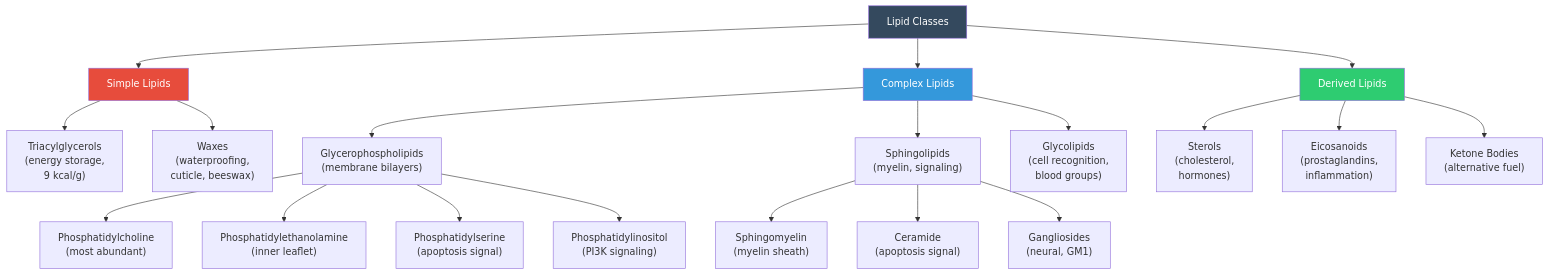
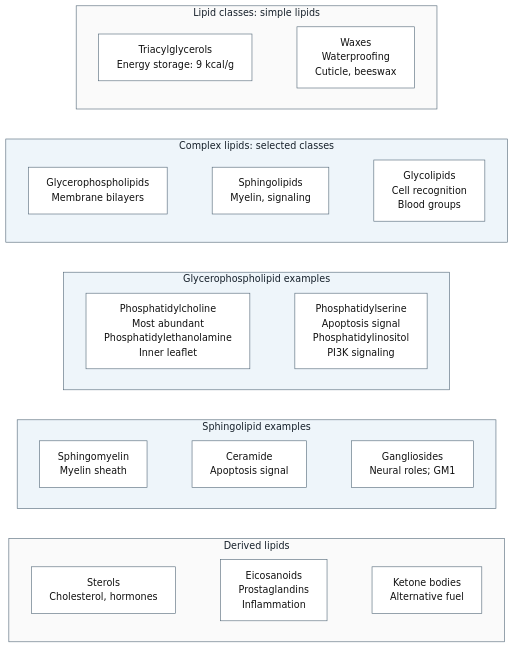
One commit to docxology/biology_textbook changed the third of 5 diagrams in docs/manuscript/unit_I/macromolecules.md. Above: the diagram before and after it, drawn with Mermaid. The commit also changed other lines of this file and 41 other files, not shown here.

````diff
--- a/docs/manuscript/unit_I/macromolecules.md
+++ b/docs/manuscript/unit_I/macromolecules.md
@@ -358,31 +358,41 @@
 ```mermaid
-graph TD
-    LIPIDS["Lipid Classes"] --> SIMPLE["Simple Lipids"]
-    LIPIDS --> COMPLEX["Complex Lipids"]
-    LIPIDS --> DERIVED["Derived Lipids"]
-
-    SIMPLE --> TAG["Triacylglycerols<br/>(energy storage,<br/>9 kcal/g)"]
-    SIMPLE --> WAX["Waxes<br/>(waterproofing,<br/>cuticle, beeswax)"]
-
-    COMPLEX --> GPL["Glycerophospholipids<br/>(membrane bilayers)"]
-    COMPLEX --> SPH["Sphingolipids<br/>(myelin, signaling)"]
-    COMPLEX --> GLYCO["Glycolipids<br/>(cell recognition,<br/>blood groups)"]
-
-    DERIVED --> STEROL["Sterols<br/>(cholesterol,<br/>hormones)"]
-    DERIVED --> EICO["Eicosanoids<br/>(prostaglandins,<br/>inflammation)"]
-    DERIVED --> KETO["Ketone Bodies<br/>(alternative fuel)"]
-
-    GPL --> PC["Phosphatidylcholine<br/>(most abundant)"]
-    GPL --> PE["Phosphatidylethanolamine<br/>(inner leaflet)"]
-    GPL --> PS["Phosphatidylserine<br/>(apoptosis signal)"]
-    GPL --> PI["Phosphatidylinositol<br/>(PI3K signaling)"]
-
-    SPH --> SM["Sphingomyelin<br/>(myelin sheath)"]
-    SPH --> CER["Ceramide<br/>(apoptosis signal)"]
-    SPH --> GANG["Gangliosides<br/>(neural, GM1)"]
-
-    style LIPIDS fill:#34495e,color:#fff
-    style SIMPLE fill:#e74c3c,color:#fff
-    style COMPLEX fill:#3498db,color:#fff
-    style DERIVED fill:#2ecc71,color:#fff
+---
+config:
+  layout: dagre
+---
+flowchart TB
+    subgraph SIMPLE["Lipid classes: simple lipids"]
+        direction LR
+        TAG["Triacylglycerols<br/>Energy storage: 9 kcal/g"] ~~~ WAX["Waxes<br/>Waterproofing<br/>Cuticle, beeswax"]
+    end
+    subgraph COMPLEX["Complex lipids: selected classes"]
+        direction LR
+        GPL["Glycerophospholipids<br/>Membrane bilayers"] ~~~ SPH["Sphingolipids<br/>Myelin, signaling"]
+        SPH ~~~ GLYCO["Glycolipids<br/>Cell recognition<br/>Blood groups"]
+    end
+    subgraph GPL_DETAIL["Glycerophospholipid examples"]
+        direction LR
+        PC["Phosphatidylcholine<br/>Most abundant<br/>Phosphatidylethanolamine<br/>Inner leaflet"] ~~~ PS["Phosphatidylserine<br/>Apoptosis signal<br/>Phosphatidylinositol<br/>PI3K signaling"]
+    end
+    subgraph SPH_DETAIL["Sphingolipid examples"]
+        direction LR
+        SM["Sphingomyelin<br/>Myelin sheath"] ~~~ CER["Ceramide<br/>Apoptosis signal"]
+        CER ~~~ GANG["Gangliosides<br/>Neural roles; GM1"]
+    end
+    subgraph DERIVED["Derived lipids"]
+        direction LR
+        STEROL["Sterols<br/>Cholesterol, hormones"] ~~~ EICO["Eicosanoids<br/>Prostaglandins<br/>Inflammation"]
+        EICO ~~~ KETO["Ketone bodies<br/>Alternative fuel"]
+    end
+    SIMPLE ~~~ COMPLEX
+    COMPLEX ~~~ GPL_DETAIL
+    GPL_DETAIL ~~~ SPH_DETAIL
+    SPH_DETAIL ~~~ DERIVED
+    classDef lipid fill:#ffffff,stroke:#526777,color:#111111
+    class TAG,WAX,GPL,SPH,GLYCO,PC,PS,SM,CER,GANG,STEROL,EICO,KETO lipid
+    style SIMPLE fill:#fafafa,stroke:#526777,color:#17212b
+    style COMPLEX fill:#eef5fa,stroke:#526777,color:#17212b
+    style GPL_DETAIL fill:#eef5fa,stroke:#526777,color:#17212b
+    style SPH_DETAIL fill:#eef5fa,stroke:#526777,color:#17212b
+    style DERIVED fill:#fafafa,stroke:#526777,color:#17212b
 ```
````
